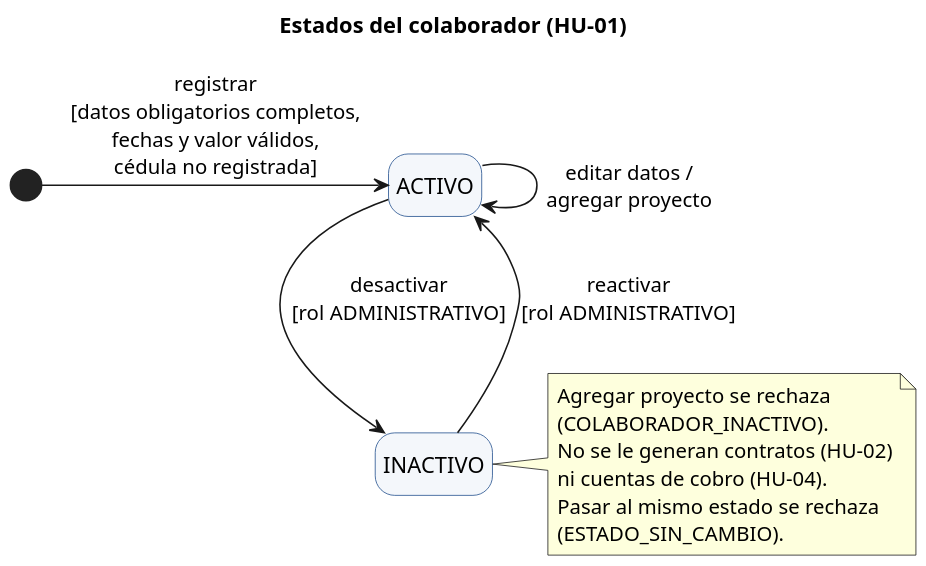
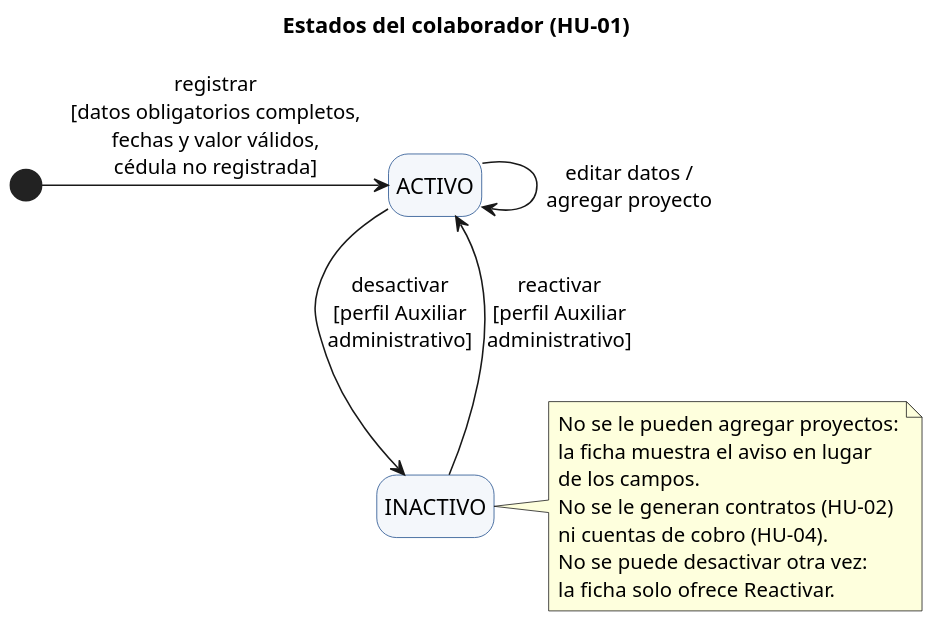
Before and after one commit to Juanj15/criterdocs-and-people: the diagram in docs/diagramas/rtf4/estados_colaborador.puml, drawn with PlantUML. The commit also changed 7 other files, not shown here.

First line of the commit message:
docs: diagramas de la RTF4 coherentes con la ficha y el selector de perfil (CDP-39)

```diff
--- a/docs/diagramas/rtf4/estados_colaborador.puml
+++ b/docs/diagramas/rtf4/estados_colaborador.puml
@@ -1,23 +1,24 @@
 @startuml
 skinparam dpi 150
 skinparam defaultFontName Arial
 skinparam shadowing false
 hide empty description
 skinparam state {
   BackgroundColor #F4F7FB
   BorderColor #1F4E8C
 }
 title Estados del colaborador (HU-01)
 [*] -right-> ACTIVO : registrar\n[datos obligatorios completos,\nfechas y valor válidos,\ncédula no registrada]
-ACTIVO -down-> INACTIVO : desactivar\n[rol ADMINISTRATIVO]
-INACTIVO -up-> ACTIVO : reactivar\n[rol ADMINISTRATIVO]
+ACTIVO -down-> INACTIVO : desactivar\n[perfil Auxiliar\nadministrativo]
+INACTIVO -up-> ACTIVO : reactivar\n[perfil Auxiliar\nadministrativo]
 ACTIVO -right-> ACTIVO : editar datos /\nagregar proyecto
 note right of INACTIVO
-  Agregar proyecto se rechaza
-  (COLABORADOR_INACTIVO).
+  No se le pueden agregar proyectos:
+  la ficha muestra el aviso en lugar
+  de los campos.
   No se le generan contratos (HU-02)
   ni cuentas de cobro (HU-04).
-  Pasar al mismo estado se rechaza
-  (ESTADO_SIN_CAMBIO).
+  No se puede desactivar otra vez:
+  la ficha solo ofrece Reactivar.
 end note
 @enduml
```
